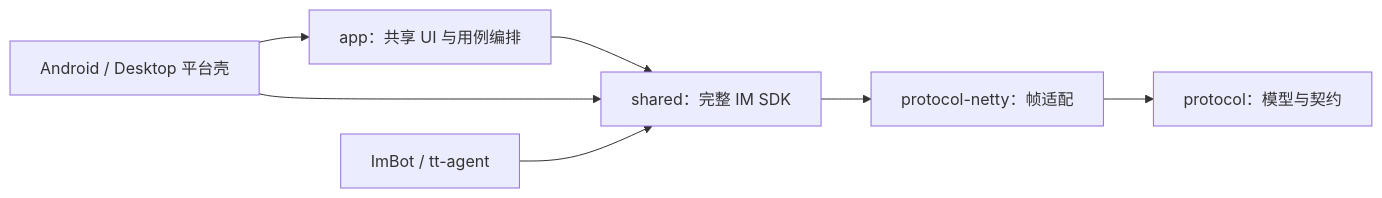
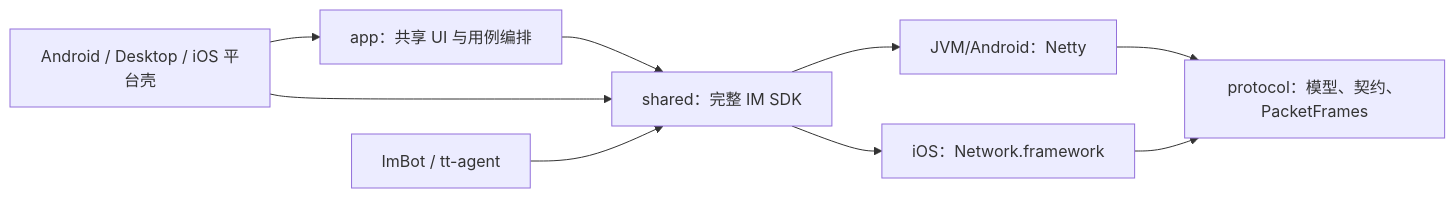
One commit to virjar/team-talk changed the first of 8 diagrams in doc/03-architecture/client-and-sdk.md. Above: the diagram before and after it, drawn with Mermaid. The commit also changed other lines of this file and 305 other files, not shown here.

````diff
--- a/doc/03-architecture/client-and-sdk.md
+++ b/doc/03-architecture/client-and-sdk.md
@@ -18,9 +18,11 @@
 ```mermaid
 flowchart LR
-    Platforms[Android / Desktop 平台壳] --> App[app：共享 UI 与用例编排]
+    Platforms[Android / Desktop / iOS 平台壳] --> App[app：共享 UI 与用例编排]
     App --> Shared[shared：完整 IM SDK]
     Platforms --> Shared
     Headless[ImBot / tt-agent] --> Shared
-    Shared --> Netty[protocol-netty：帧适配]
-    Netty --> Protocol[protocol：模型与契约]
+    Shared --> Netty[JVM/Android：Netty]
+    Shared --> Native[iOS：Network.framework]
+    Netty --> Protocol[protocol：模型、契约、PacketFrames]
+    Native --> Protocol
 ```
````
